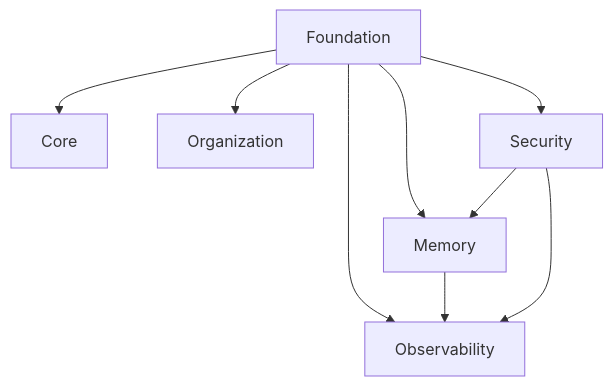
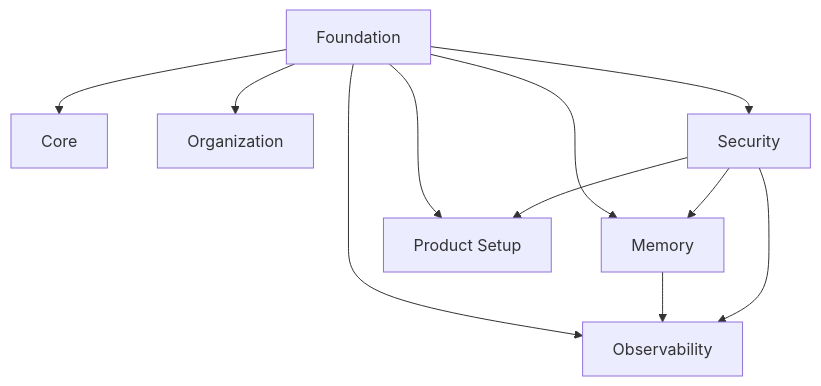
Before and after one commit to wessel05j/PAOS: the diagram in docs/README.md, drawn with Mermaid. The commit also changed other lines of this file and 4 other files, not shown here.

````diff
--- a/docs/README.md
+++ b/docs/README.md
@@ -19,12 +20,14 @@
 ```mermaid
 flowchart TD
     F[Foundation] --> C[Core]
     F --> O[Organization]
     F --> M[Memory]
     F --> Obs[Observability]
     F --> S[Security]
+    F --> PS[Product Setup]
 
     M --> Obs
     S --> M
     S --> Obs
+    S --> PS
 ```
````
